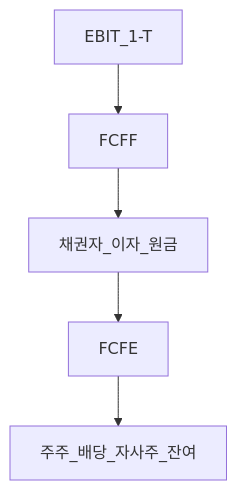
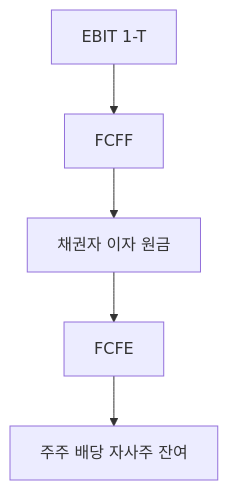
The third of 3 diagrams in 01-foundations/cash-flow-statement-fcf.md (goldanghenry/Finances), drawn with Mermaid before and after one commit. The commit also changed other lines of this file and 211 other files, not shown here.

````diff
--- a/01-foundations/cash-flow-statement-fcf.md
+++ b/01-foundations/cash-flow-statement-fcf.md
@@ -162,7 +170,7 @@
 ```mermaid
 flowchart TD
-  EBIT[EBIT_1-T] --> FCFF[FCFF]
-  FCFF --> Debt[채권자_이자_원금]
+  EBIT["EBIT 1-T"] --> FCFF[FCFF]
+  FCFF --> Debt["채권자 이자 원금"]
   Debt --> FCFE[FCFE]
-  FCFE --> Eq[주주_배당_자사주_잔여]
+  FCFE --> Eq["주주 배당 자사주 잔여"]
 ```
````
